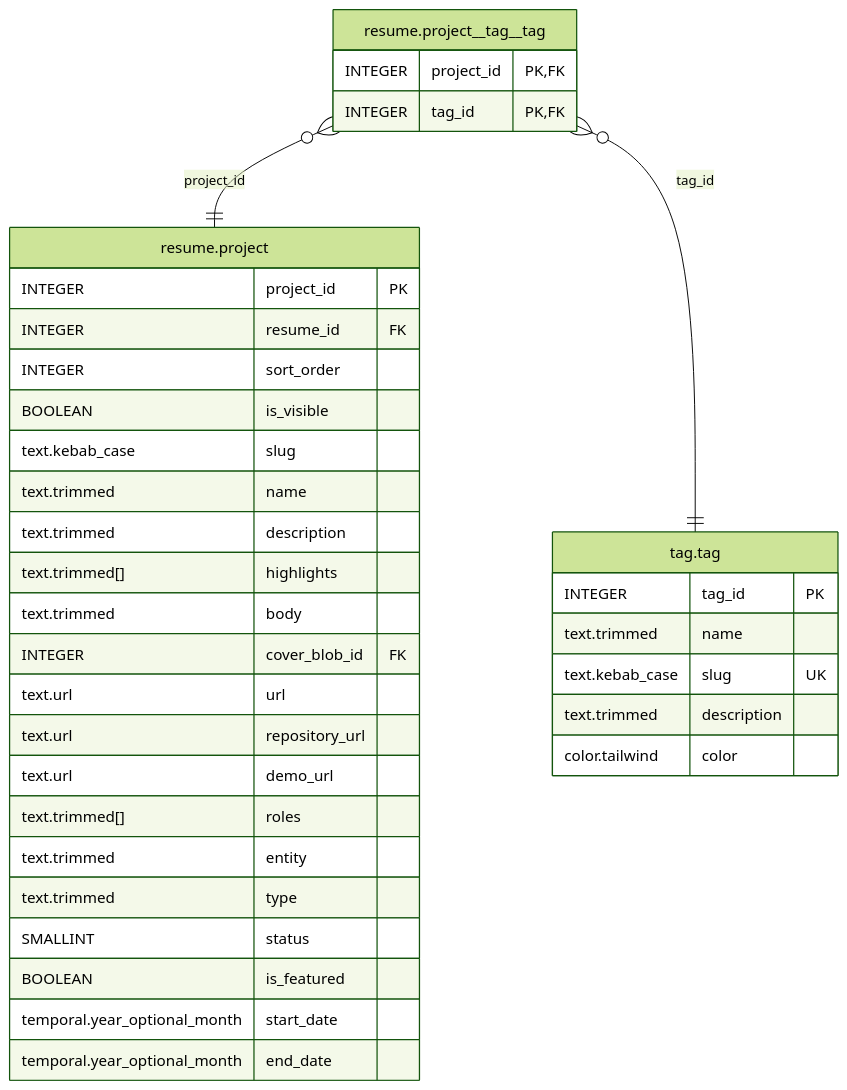
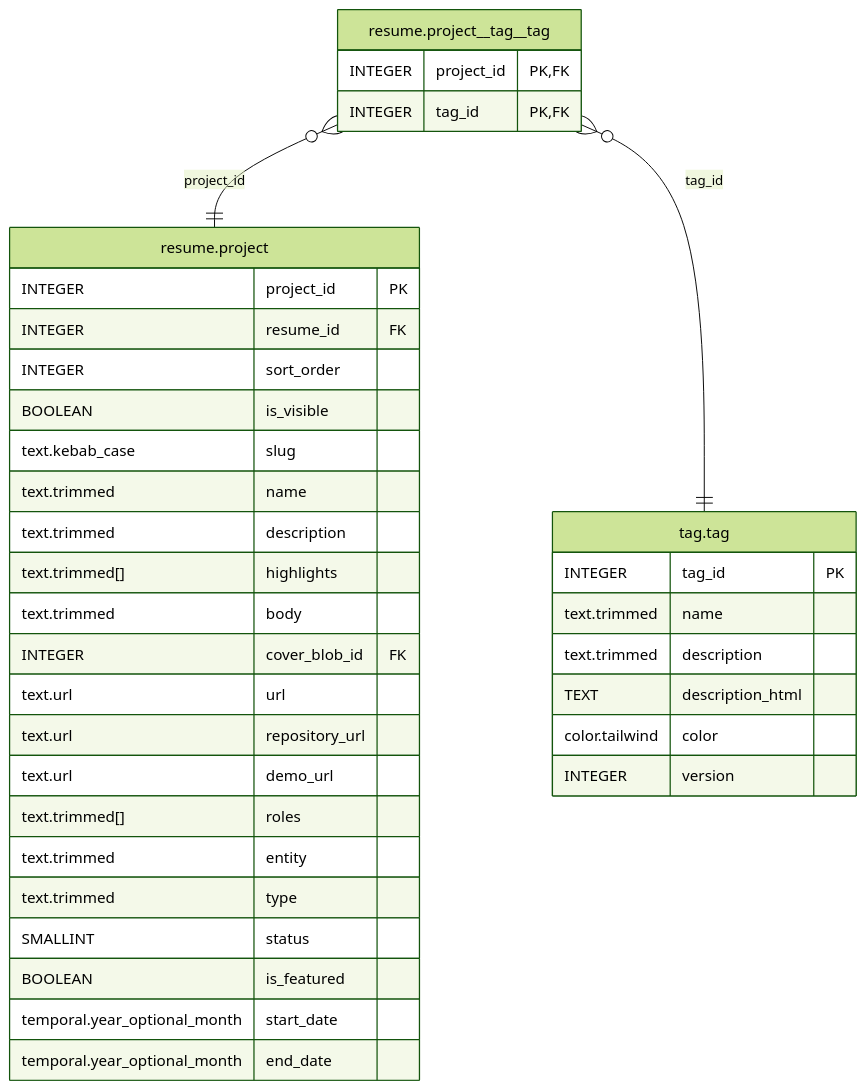
Before and after one commit to OlsonDev/josholson.dev: the diagram in docs/schema/resume.project__tag__tag.md, drawn with Mermaid (forest theme). The commit also changed 46 other files, not shown here.

````diff
--- a/docs/schema/resume.project__tag__tag.md
+++ b/docs/schema/resume.project__tag__tag.md
@@ -37,42 +37,43 @@
 ```mermaid
 erDiagram
 
 "resume.project__tag__tag" }o--|| "resume.project" : "project_id"
 "resume.project__tag__tag" }o--|| "tag.tag" : "tag_id"
 
 "resume.project__tag__tag" {
   INTEGER project_id PK, FK
   INTEGER tag_id PK, FK
 }
 
 "resume.project" {
   INTEGER project_id PK
   INTEGER resume_id FK
   INTEGER sort_order
   BOOLEAN is_visible
   text.kebab_case slug
   text.trimmed name
   text.trimmed description
   text.trimmed[] highlights
   text.trimmed body
   INTEGER cover_blob_id FK
   text.url url
   text.url repository_url
   text.url demo_url
   text.trimmed[] roles
   text.trimmed entity
   text.trimmed type
   SMALLINT status
   BOOLEAN is_featured
   temporal.year_optional_month start_date
   temporal.year_optional_month end_date
 }
 
 "tag.tag" {
   INTEGER tag_id PK
   text.trimmed name
-  text.kebab_case slug UK
   text.trimmed description
+  TEXT description_html
   color.tailwind color
+  INTEGER version
 }
 ```
````
